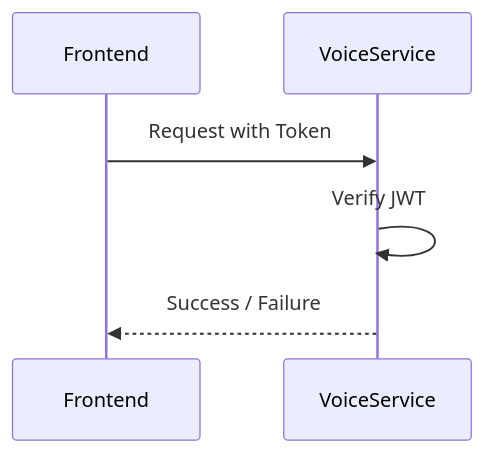
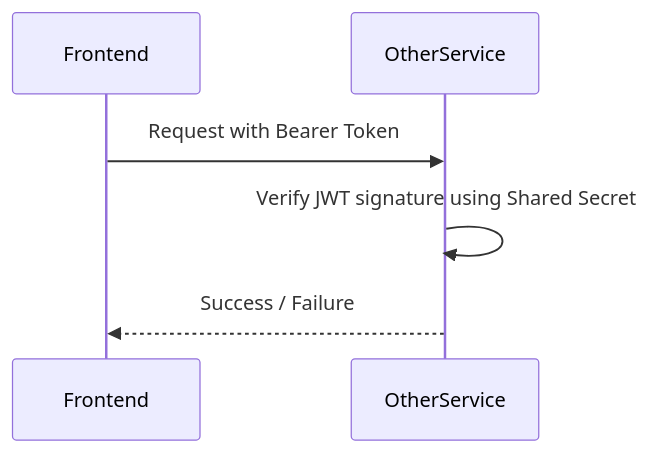
One commit to R26-SE-039/auth-service changed the second of 2 diagrams in docs/auth_service_architecture.md. Above: the diagram before and after it, drawn with Mermaid. The commit also changed other lines of this file and 37 other files, not shown here.

````diff
--- a/docs/auth_service_architecture.md
+++ b/docs/auth_service_architecture.md
@@ -67,6 +53,6 @@
 ```mermaid
 sequenceDiagram
-Frontend->>VoiceService: Request with Token
-VoiceService->>VoiceService: Verify JWT
-VoiceService-->>Frontend: Success / Failure
+Frontend->>OtherService: Request with Bearer Token
+OtherService->>OtherService: Verify JWT signature using Shared Secret
+OtherService-->>Frontend: Success / Failure
 ```
````
